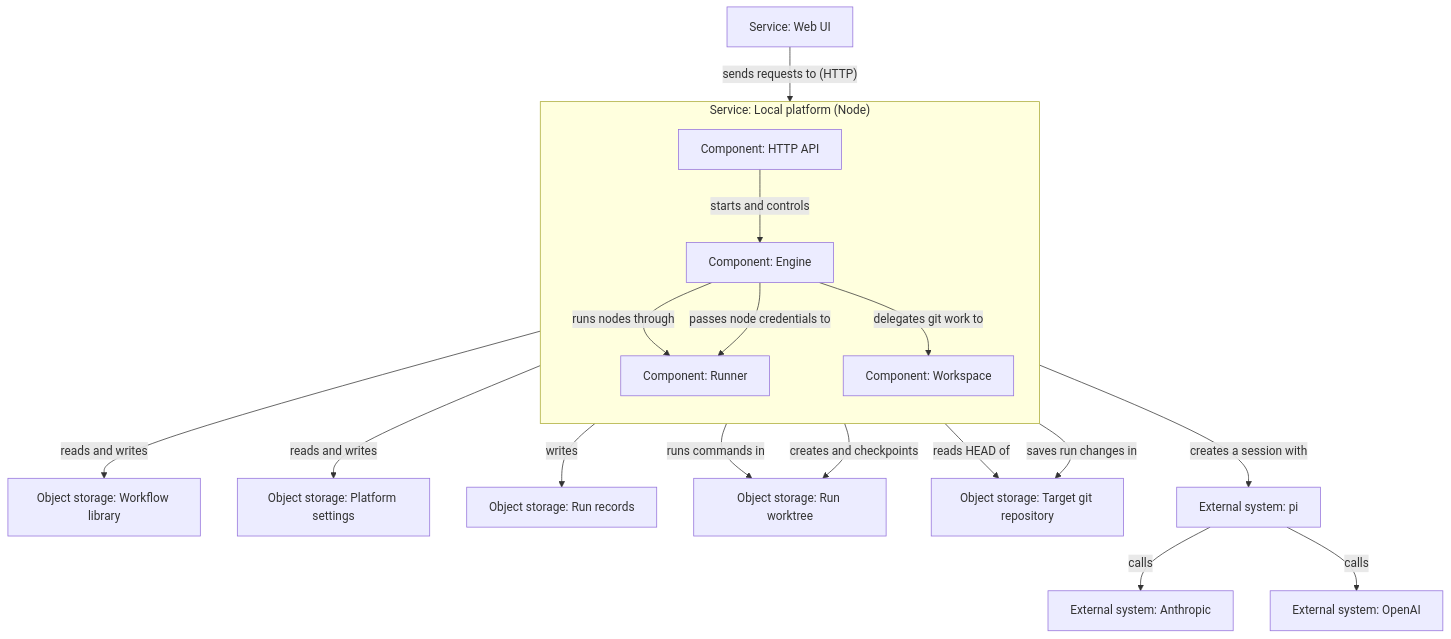
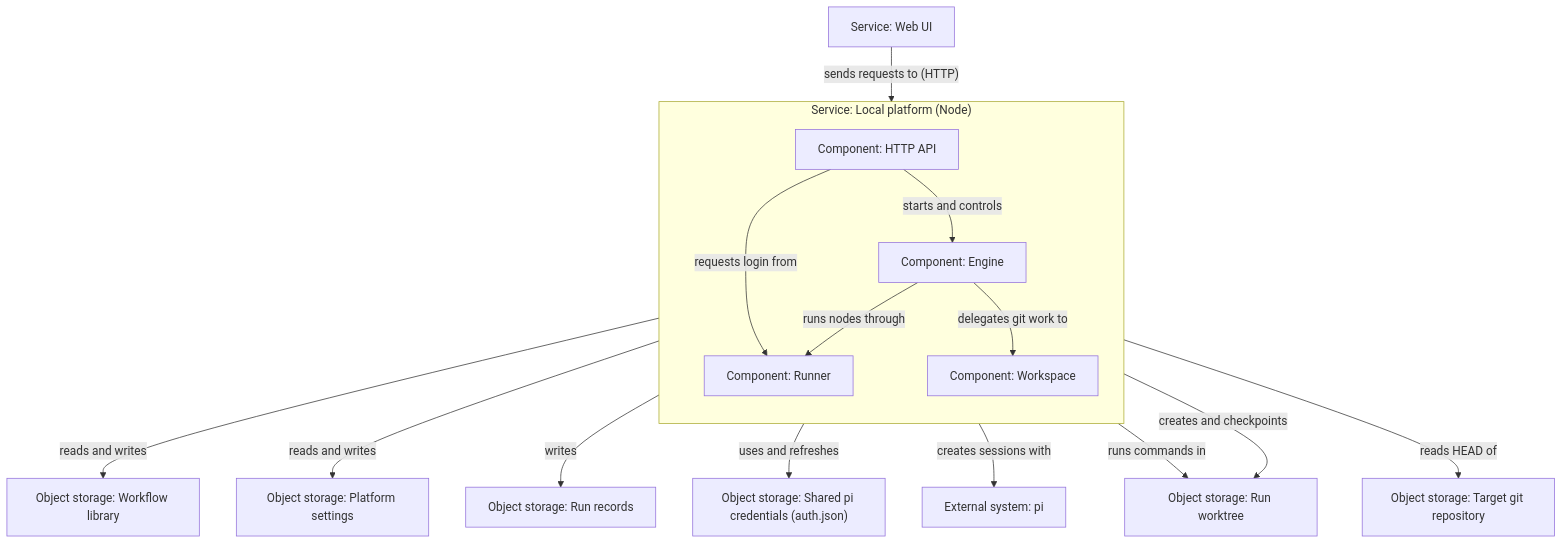
The second of 2 diagrams in docs/aipilot/architecture.md (JililiDD/agentworklflowstation), drawn with Mermaid before and after one commit. The commit also changed other lines of this file and 29 other files, not shown here.

````diff
--- a/docs/aipilot/architecture.md
+++ b/docs/aipilot/architecture.md
@@ -66,34 +65,31 @@
 ```mermaid
 flowchart TD
   subgraph Plat["Service: Local platform (Node)"]
     direction TB
     Api["Component: HTTP API"]
     Eng["Component: Engine"]
     Run["Component: Runner"]
     Ws["Component: Workspace"]
   end
   UI["Service: Web UI"]
   Lib["Object storage: Workflow library"]
   Set["Object storage: Platform settings"]
   Rec["Object storage: Run records"]
   WT["Object storage: Run worktree"]
+  Auth["Object storage: Shared pi credentials (auth.json)"]
   Repo["Object storage: Target git repository"]
   Pi["External system: pi"]
-  Ant["External system: Anthropic"]
-  Oai["External system: OpenAI"]
   UI -->|"sends requests to (HTTP)"| Api
   Api -->|"reads and writes"| Lib
   Api -->|"reads and writes"| Set
   Api -->|"starts and controls"| Eng
+  Api -->|"requests login from"| Run
   Eng -->|"runs nodes through"| Run
   Eng -->|"delegates git work to"| Ws
   Eng -->|"writes"| Rec
-  Eng -->|"passes node credentials to"| Run
-  Run -->|"creates a session with"| Pi
+  Run -->|"uses and refreshes"| Auth
+  Run -->|"creates sessions with"| Pi
   Run -->|"runs commands in"| WT
   Ws -->|"creates and checkpoints"| WT
   Ws -->|"reads HEAD of"| Repo
-  Ws -->|"saves run changes in"| Repo
-  Pi -->|"calls"| Ant
-  Pi -->|"calls"| Oai
 ```
````
